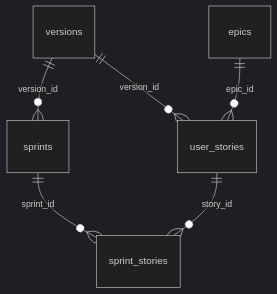
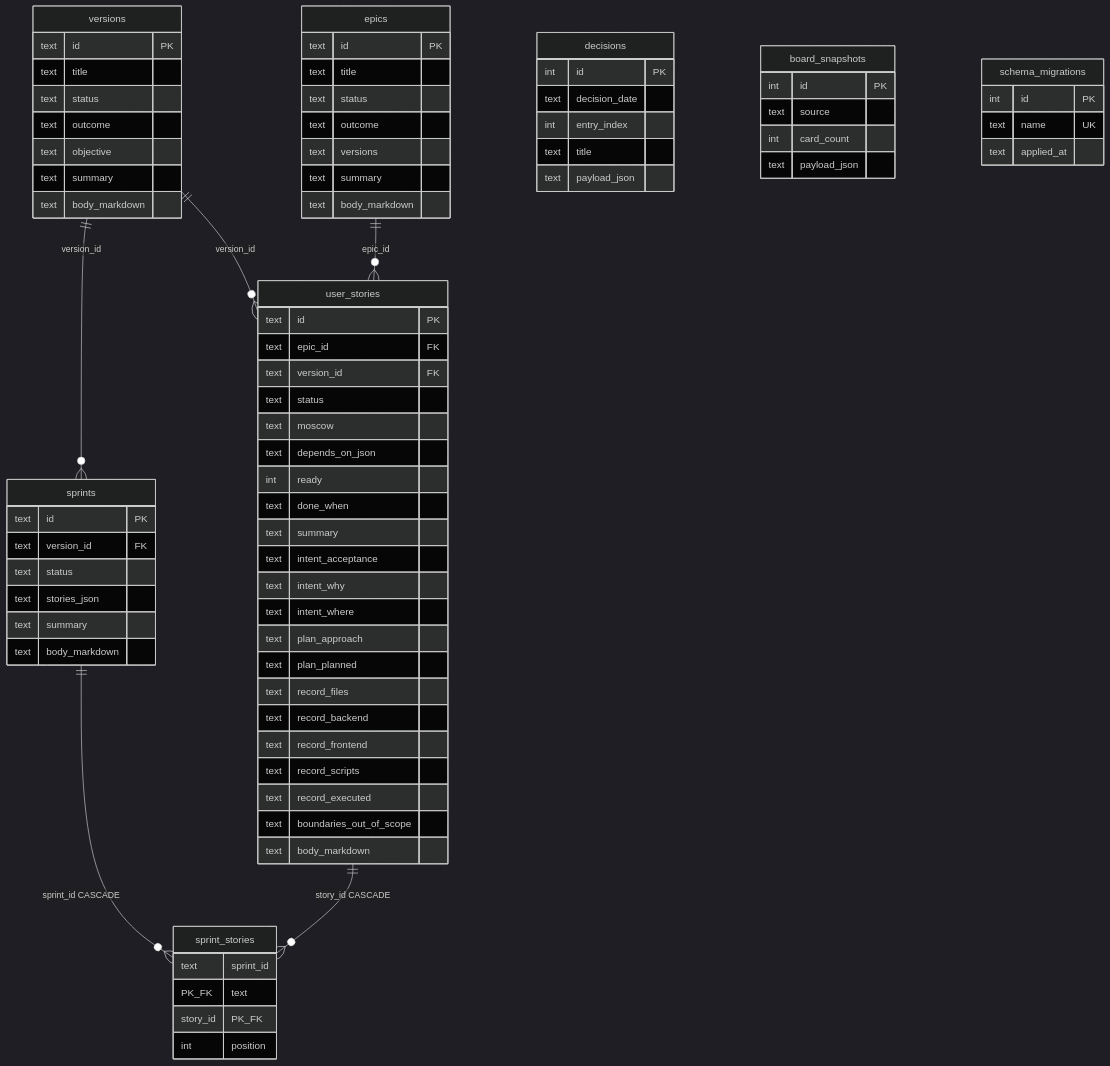
Before and after one commit to colabcolibri/meridian: the diagram in docs/06_database.md, drawn with Mermaid (dark theme). The commit also changed other lines of this file and 60 other files, not shown here.

````diff
--- a/docs/06_database.md
+++ b/docs/06_database.md
@@ -29,8 +56,88 @@
 ```mermaid
 erDiagram
-  versions ||--o{ sprints : version_id
-  versions ||--o{ user_stories : version_id
-  epics ||--o{ user_stories : epic_id
-  sprints ||--o{ sprint_stories : sprint_id
-  user_stories ||--o{ sprint_stories : story_id
+  versions ||--o{ user_stories : "version_id"
+  epics ||--o{ user_stories : "epic_id"
+  versions ||--o{ sprints : "version_id"
+  sprints ||--o{ sprint_stories : "sprint_id CASCADE"
+  user_stories ||--o{ sprint_stories : "story_id CASCADE"
+
+  versions {
+    text id PK
+    text title
+    text status
+    text outcome
+    text objective
+    text summary
+    text body_markdown
+  }
+
+  epics {
+    text id PK
+    text title
+    text status
+    text outcome
+    text versions
+    text summary
+    text body_markdown
+  }
+
+  user_stories {
+    text id PK
+    text epic_id FK
+    text version_id FK
+    text status
+    text moscow
+    text depends_on_json
+    int ready
+    text done_when
+    text summary
+    text intent_acceptance
+    text intent_why
+    text intent_where
+    text plan_approach
+    text plan_planned
+    text record_files
+    text record_backend
+    text record_frontend
+    text record_scripts
+    text record_executed
+    text boundaries_out_of_scope
+    text body_markdown
+  }
+
+  sprints {
+    text id PK
+    text version_id FK
+    text status
+    text stories_json
+    text summary
+    text body_markdown
+  }
+
+  sprint_stories {
+    text sprint_id PK_FK
+    text story_id PK_FK
+    int position
+  }
+
+  decisions {
+    int id PK
+    text decision_date
+    int entry_index
+    text title
+    text payload_json
+  }
+
+  board_snapshots {
+    int id PK
+    text source
+    int card_count
+    text payload_json
+  }
+
+  schema_migrations {
+    int id PK
+    text name UK
+    text applied_at
+  }
 ```
````
